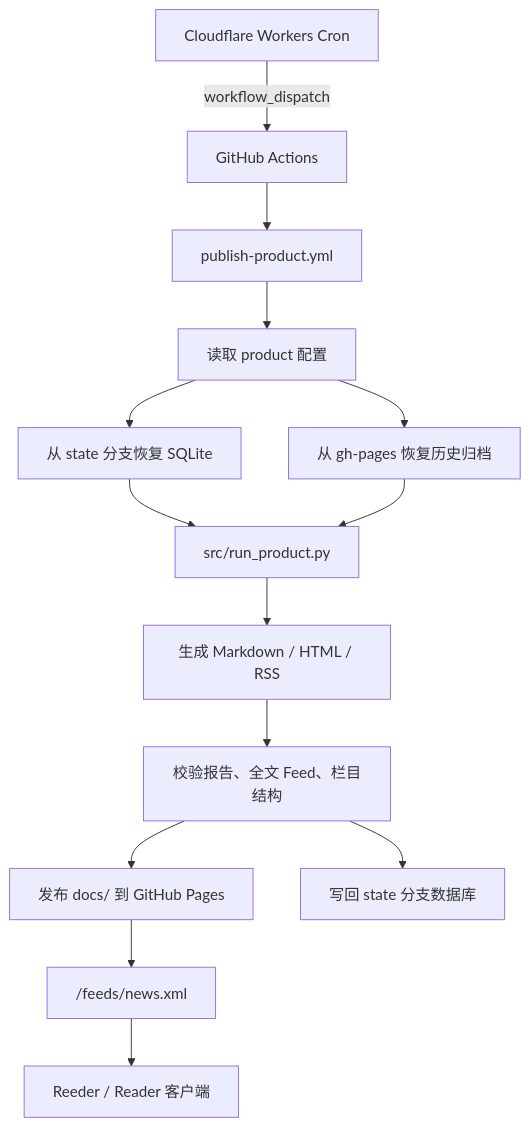
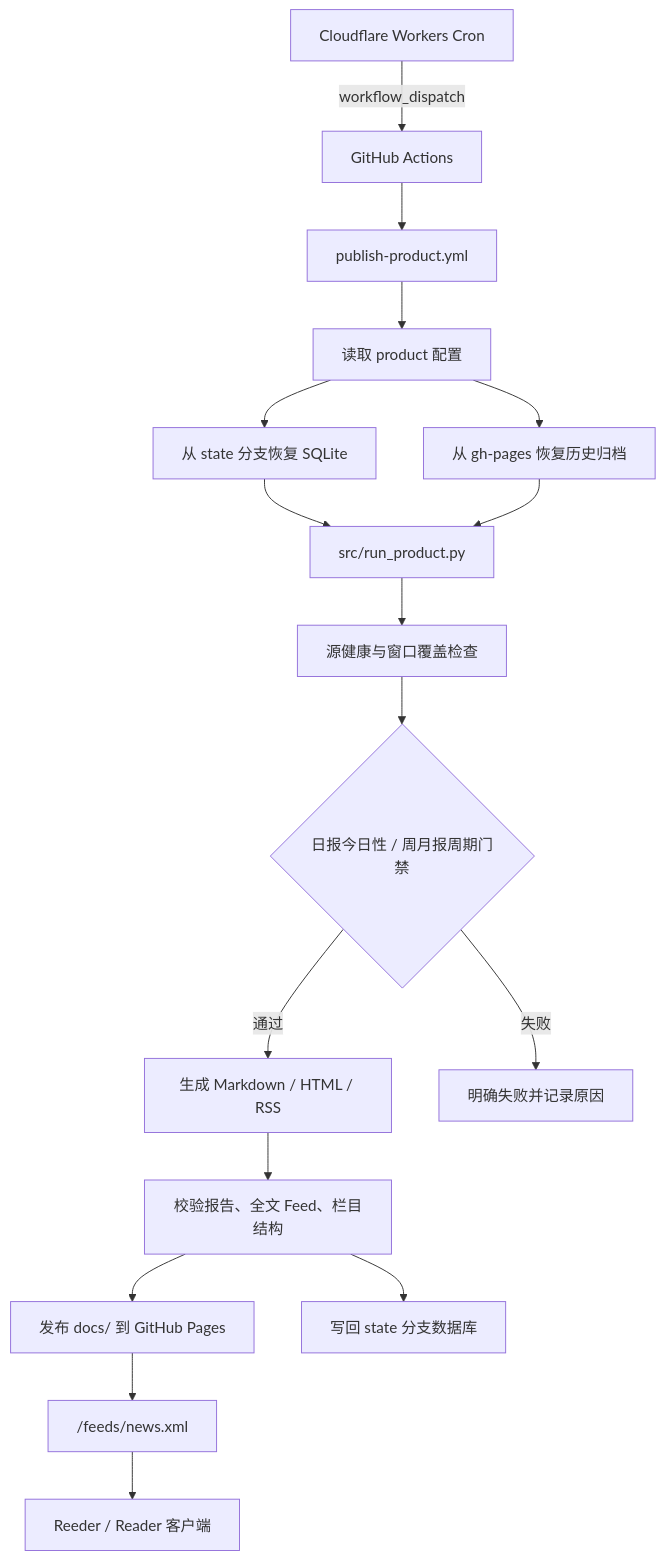
The diagram in README.md (ZhangEx18/us_politics_news), drawn with Mermaid before and after one commit. The commit also changed other lines of this file and 11 other files, not shown here.

````diff
--- a/README.md
+++ b/README.md
@@ -53,16 +53,19 @@
 ```mermaid
 flowchart TD
     CF["Cloudflare Workers Cron"] -->|workflow_dispatch| GH["GitHub Actions"]
     GH --> PP["publish-product.yml"]
     PP --> CFG["读取 product 配置"]
     CFG --> DB["从 state 分支恢复 SQLite"]
     CFG --> PAGES["从 gh-pages 恢复历史归档"]
     DB --> RUN["src/run_product.py"]
     PAGES --> RUN
-    RUN --> OUT["生成 Markdown / HTML / RSS"]
+    RUN --> HEALTH["源健康与窗口覆盖检查"]
+    HEALTH --> GATE{"日报今日性 / 周月报周期门禁"}
+    GATE -->|通过| OUT["生成 Markdown / HTML / RSS"]
+    GATE -->|失败| FAIL["明确失败并记录原因"]
     OUT --> CHECK["校验报告、全文 Feed、栏目结构"]
     CHECK --> DEPLOY["发布 docs/ 到 GitHub Pages"]
     CHECK --> STATE["写回 state 分支数据库"]
     DEPLOY --> RSS["/feeds/news.xml"]
     RSS --> READER["Reeder / Reader 客户端"]
 ```
````
